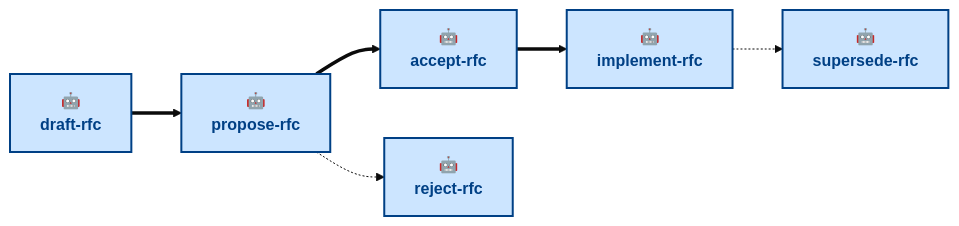
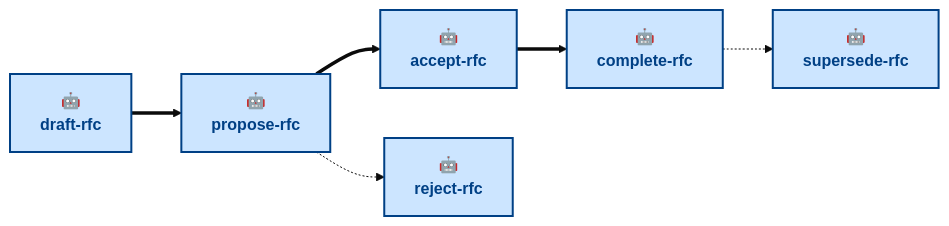
The diagram in .agents/skills/README.md (kieranpotts/rfc), drawn with Mermaid (base theme) before and after one commit. The commit also changed other lines of this file and 3 other files, not shown here.

Commit message:
chore: rename implement-rfc -> complete-rfc

````diff
--- a/.agents/skills/README.md
+++ b/.agents/skills/README.md
@@ -35,19 +35,19 @@
 ```mermaid
 flowchart LR
   draft["🤖<br/><b>draft-rfc</b>"]:::agentic
   propose["🤖<br/><b>propose-rfc</b>"]:::agentic
   accept["🤖<br/><b>accept-rfc</b>"]:::agentic
   reject["🤖<br/><b>reject-rfc</b>"]:::agentic
-  implement["🤖<br/><b>implement-rfc</b>"]:::agentic
+  complete["🤖<br/><b>complete-rfc</b>"]:::agentic
   supersede["🤖<br/><b>supersede-rfc</b>"]:::agentic
 
   draft ==> propose
   propose ==> accept
-  accept ==> implement
-  implement -.-> supersede
+  accept ==> complete
+  complete -.-> supersede
   propose -.-> reject
 
   classDef agentic fill:#cce5ff,stroke:#004085,color:#004085,stroke-width:2px
   classDef scripted fill:#e2e3e5,stroke:#4b5157,color:#383d41,stroke-width:2px
   classDef anthropic fill:#fff3cd,stroke:#856404,color:#856404,stroke-width:2px,stroke-dasharray:2 3
 ```
````
